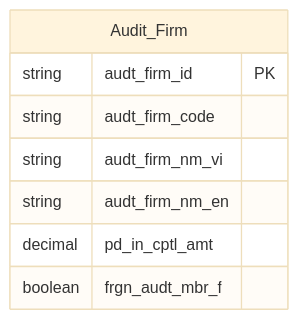
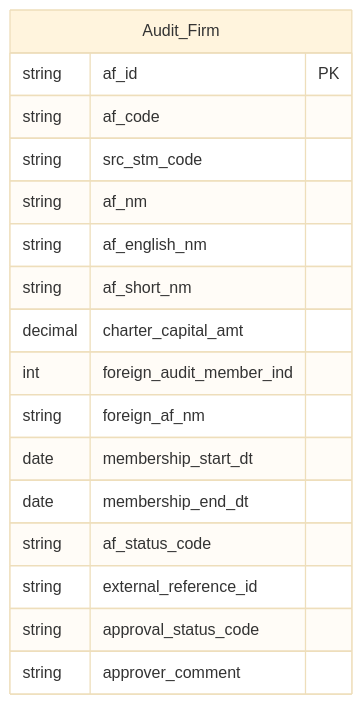
Before and after one commit to linhlvit/ubck_atomic_design: the second of 2 diagrams in DataModel/working/Atomic/hld/AUDIT_HLD_Tier1.md, drawn with Mermaid (base theme). The commit also changed 96 other files, not shown here.

````diff
--- a/DataModel/working/Atomic/hld/AUDIT_HLD_Tier1.md
+++ b/DataModel/working/Atomic/hld/AUDIT_HLD_Tier1.md
@@ -50,20 +50,20 @@
 ```mermaid
 erDiagram
-
-
     Audit_Firm {
-        string audt_firm_id PK
-        string audt_firm_code
-        string audt_firm_nm_vi
-        string audt_firm_nm_en
-        decimal pd_in_cptl_amt
-        boolean frgn_audt_mbr_f
+        string af_id PK
+        string af_code
+        string src_stm_code
+        string af_nm
+        string af_english_nm
+        string af_short_nm
+        decimal charter_capital_amt
+        int foreign_audit_member_ind
+        string foreign_af_nm
+        date membership_start_dt
+        date membership_end_dt
+        string af_status_code
+        string external_reference_id
+        string approval_status_code
+        string approver_comment
     }
-
-
-
-
-
-
-
 ```
````
